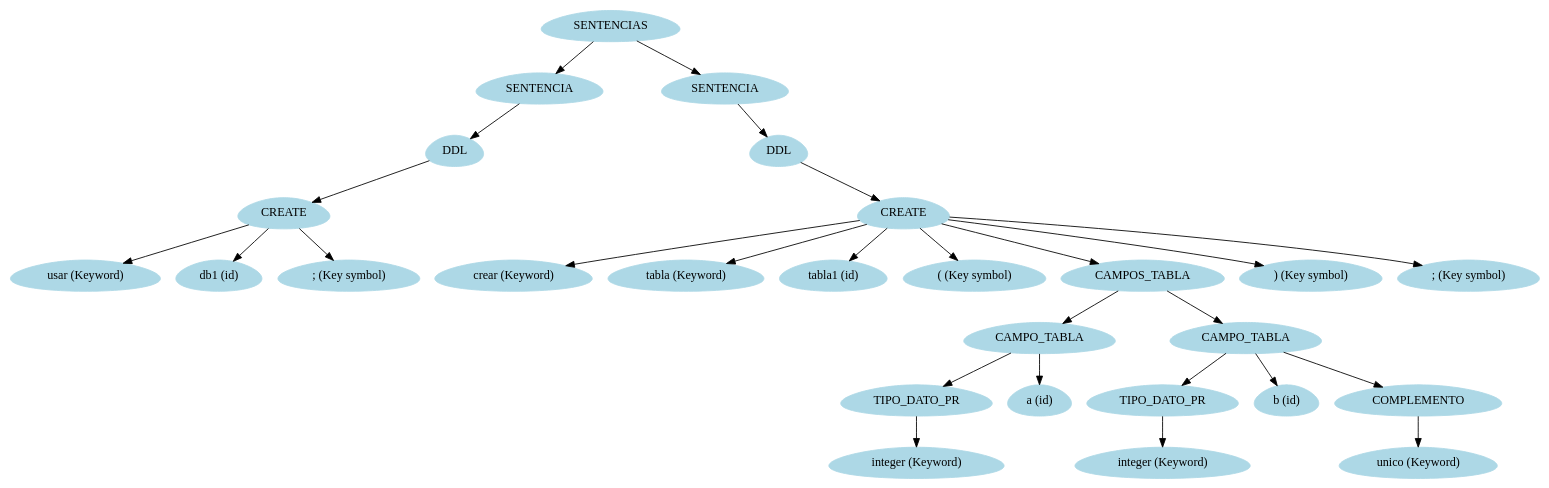
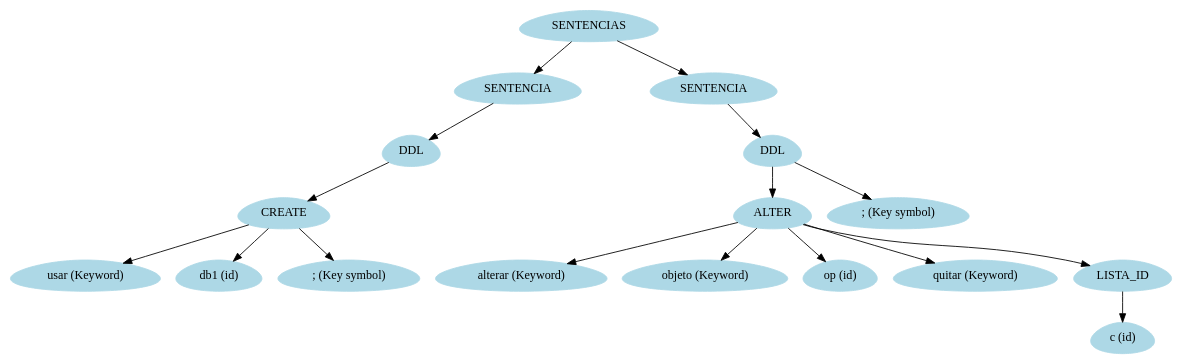
Before and after one commit to Losajhonny/FI-SQL: the diagram in [OLC2]Proyecto1_201325583/ServidorDB/bin/Debug/arbolAst.dot, drawn with Graphviz. The commit also changed 23 other files, not shown here.

Commit message:
Crear DDL 71% falta proc y func Alter DDL 68% solo falta Tablas Eliminar DDL 0%

```diff
--- a/[OLC2]Proyecto1_201325583/ServidorDB/bin/Debug/arbolAst.dot
+++ b/[OLC2]Proyecto1_201325583/ServidorDB/bin/Debug/arbolAst.dot
@@ -1,56 +1,36 @@
 digraph grafo{
 node [shape = egg];
-4094363[label="SENTENCIAS", style = filled, color = lightblue];
-36849274[label="SENTENCIA", style = filled, color = lightblue];
-4094363->36849274;
-63208015[label="DDL", style = filled, color = lightblue];
-36849274->63208015;
-32001227[label="CREATE", style = filled, color = lightblue];
-63208015->32001227;
-19575591[label="usar (Keyword)", style = filled, color = lightblue];
-32001227->19575591;
-41962596[label="db1 (id)", style = filled, color = lightblue];
-32001227->41962596;
-42119052[label="; (Key symbol)", style = filled, color = lightblue];
-32001227->42119052;
-43527150[label="SENTENCIA", style = filled, color = lightblue];
-4094363->43527150;
-56200037[label="DDL", style = filled, color = lightblue];
-43527150->56200037;
-36038289[label="CREATE", style = filled, color = lightblue];
-56200037->36038289;
-55909147[label="crear (Keyword)", style = filled, color = lightblue];
-36038289->55909147;
-33420276[label="tabla (Keyword)", style = filled, color = lightblue];
-36038289->33420276;
-32347029[label="tabla1 (id)", style = filled, color = lightblue];
-36038289->32347029;
-22687807[label="( (Key symbol)", style = filled, color = lightblue];
-36038289->22687807;
-2863675[label="CAMPOS_TABLA", style = filled, color = lightblue];
-36038289->2863675;
-25773083[label="CAMPO_TABLA", style = filled, color = lightblue];
-2863675->25773083;
-30631159[label="TIPO_DATO_PR", style = filled, color = lightblue];
-25773083->30631159;
-7244975[label="integer (Keyword)", style = filled, color = lightblue];
-30631159->7244975;
-65204782[label="a (id)", style = filled, color = lightblue];
-25773083->65204782;
-49972132[label="CAMPO_TABLA", style = filled, color = lightblue];
-2863675->49972132;
-47096010[label="TIPO_DATO_PR", style = filled, color = lightblue];
-49972132->47096010;
-21210914[label="integer (Keyword)", style = filled, color = lightblue];
-47096010->21210914;
-56680499[label="b (id)", style = filled, color = lightblue];
-49972132->56680499;
-40362448[label="COMPLEMENTO", style = filled, color = lightblue];
-49972132->40362448;
-27717712[label="unico (Keyword)", style = filled, color = lightblue];
-40362448->27717712;
-48132822[label=") (Key symbol)", style = filled, color = lightblue];
-36038289->48132822;
-30542218[label="; (Key symbol)", style = filled, color = lightblue];
-36038289->30542218;
+10923418[label="SENTENCIAS", style = filled, color = lightblue];
+31201899[label="SENTENCIA", style = filled, color = lightblue];
+10923418->31201899;
+12381635[label="DDL", style = filled, color = lightblue];
+31201899->12381635;
+44325851[label="CREATE", style = filled, color = lightblue];
+12381635->44325851;
+63388340[label="usar (Keyword)", style = filled, color = lightblue];
+44325851->63388340;
+33624151[label="db1 (id)", style = filled, color = lightblue];
+44325851->33624151;
+34181910[label="; (Key symbol)", style = filled, color = lightblue];
+44325851->34181910;
+39201736[label="SENTENCIA", style = filled, color = lightblue];
+10923418->39201736;
+17271312[label="DDL", style = filled, color = lightblue];
+39201736->17271312;
+21224086[label="ALTER", style = filled, color = lightblue];
+17271312->21224086;
+56799051[label="alterar (Keyword)", style = filled, color = lightblue];
+21224086->56799051;
+41429416[label="objeto (Keyword)", style = filled, color = lightblue];
+21224086->41429416;
+37320431[label="op (id)", style = filled, color = lightblue];
+21224086->37320431;
+339559[label="quitar (Keyword)", style = filled, color = lightblue];
+21224086->339559;
+3056034[label="LISTA_ID", style = filled, color = lightblue];
+21224086->3056034;
+27504314[label="c (id)", style = filled, color = lightblue];
+3056034->27504314;
+46212239[label="; (Key symbol)", style = filled, color = lightblue];
+17271312->46212239;
 }
```
